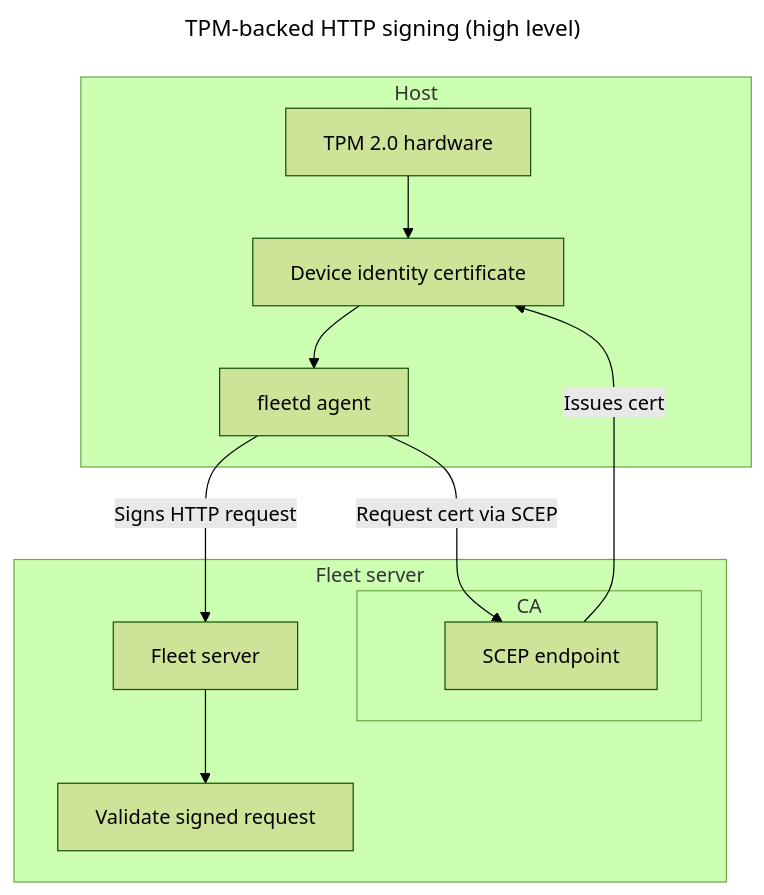
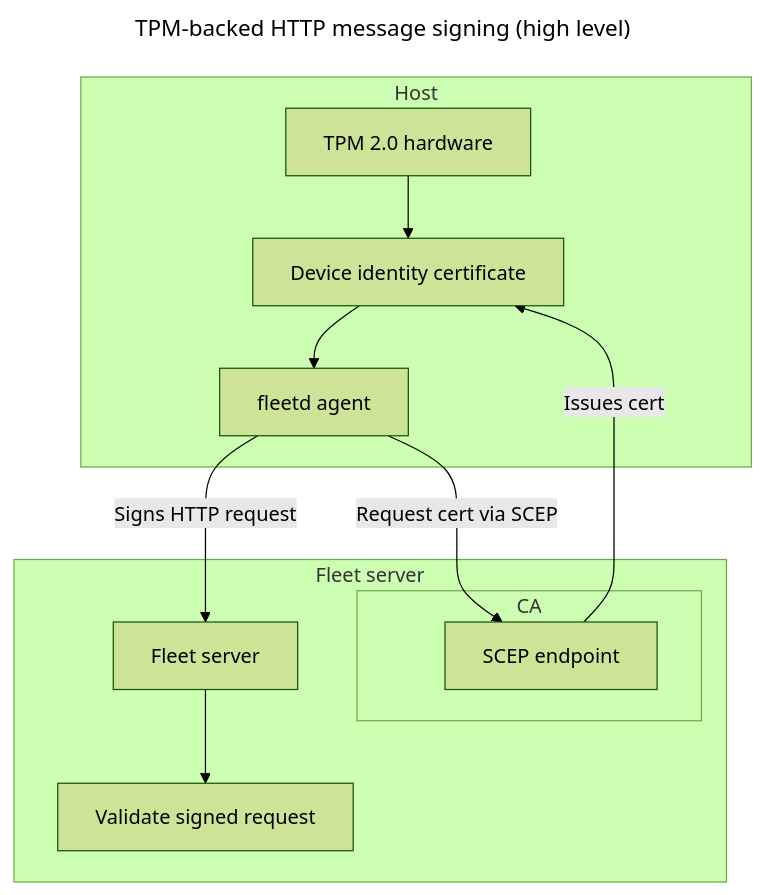
One commit to fleetdm/fleet changed the first of 2 diagrams in docs/Contributing/product-groups/orchestration/tpm-backed-http-signing.md. Above: the diagram before and after it, drawn with Mermaid (forest theme). The commit also changed other lines of this file, not shown here.

````diff
--- a/docs/Contributing/product-groups/orchestration/tpm-backed-http-signing.md
+++ b/docs/Contributing/product-groups/orchestration/tpm-backed-http-signing.md
@@ -57,29 +57,29 @@
 ```mermaid
 ---
-title: TPM-backed HTTP signing (high level)
+title: TPM-backed HTTP message signing (high level)
 ---
 flowchart TD
     subgraph Host
         TPM[TPM 2.0 hardware]
         Cert[Device identity certificate]
         fleetd[fleetd agent]
     end
 
     subgraph Fleet server
         Server[Fleet server]
         Validate[Validate signed request]
         CA
     end
 
     TPM --> Cert
     Cert --> fleetd
     fleetd -->|Signs HTTP request| Server
     Server --> Validate
 
     subgraph CA
        SCEP[SCEP endpoint]
     end
 
     fleetd -->|Request cert via SCEP| SCEP
     SCEP -->|Issues cert| Cert
 ```
````
